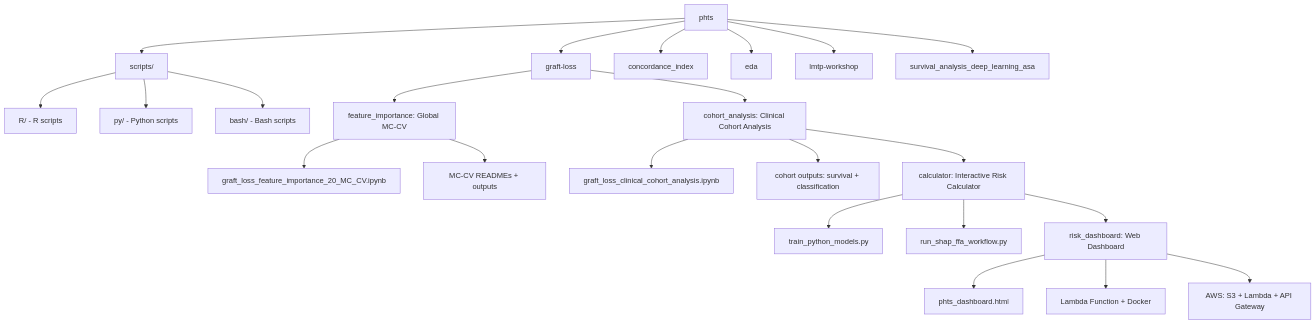
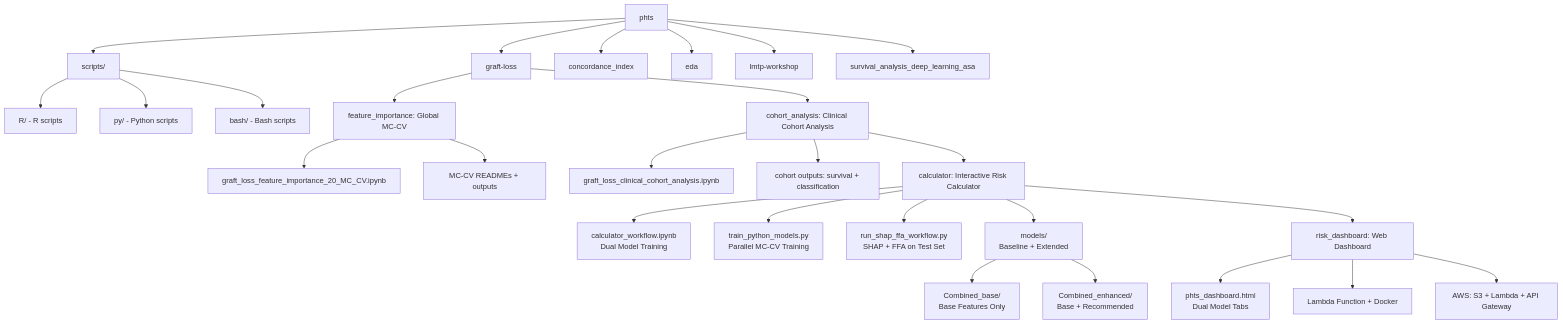
The first of 2 diagrams in README.md (Jerome3590/phts), drawn with Mermaid before and after one commit.

Commit message:
Update project structure mermaid chart with dual model architecture

````diff
--- a/README.md
+++ b/README.md
@@ -17,29 +17,33 @@
 ```mermaid
 graph TB
     ROOT[phts] --> SCRIPTS[scripts/]
     ROOT --> GL[graft-loss]
     ROOT --> CI[concordance_index]
     ROOT --> EDA[eda]
     ROOT --> LMTP[lmtp-workshop]
     ROOT --> DL[survival_analysis_deep_learning_asa]
 
     SCRIPTS --> SCRIPTS_R[R/ - R scripts]
     SCRIPTS --> SCRIPTS_PY[py/ - Python scripts]
     SCRIPTS --> SCRIPTS_BASH[bash/ - Bash scripts]
 
     GL --> GL_feat[feature_importance: Global MC-CV]
     GL_feat --> GL_nb[graft_loss_feature_importance_20_MC_CV.ipynb]
     GL_feat --> GL_docs[MC-CV READMEs + outputs]
 
     GL --> GL_cohort[cohort_analysis: Clinical Cohort Analysis]
     GL_cohort --> GL_cohort_nb[graft_loss_clinical_cohort_analysis.ipynb]
     GL_cohort --> GL_cohort_outputs[cohort outputs: survival + classification]
     
     GL_cohort --> GL_calc[calculator: Interactive Risk Calculator]
-    GL_calc --> GL_calc_train[train_python_models.py]
-    GL_calc --> GL_calc_shap[run_shap_ffa_workflow.py]
+    GL_calc --> GL_calc_workflow[calculator_workflow.ipynb<br/>Dual Model Training]
+    GL_calc --> GL_calc_train[train_python_models.py<br/>Parallel MC-CV Training]
+    GL_calc --> GL_calc_shap[run_shap_ffa_workflow.py<br/>SHAP + FFA on Test Set]
+    GL_calc --> GL_calc_models[models/<br/>Baseline + Extended]
+    GL_calc_models --> GL_calc_base[Combined_base/<br/>Base Features Only]
+    GL_calc_models --> GL_calc_enhanced[Combined_enhanced/<br/>Base + Recommended]
     GL_calc --> GL_calc_dash[risk_dashboard: Web Dashboard]
-    GL_calc_dash --> GL_calc_html[phts_dashboard.html]
+    GL_calc_dash --> GL_calc_html[phts_dashboard.html<br/>Dual Model Tabs]
     GL_calc_dash --> GL_calc_lambda[Lambda Function + Docker]
     GL_calc_dash --> GL_calc_deploy[AWS: S3 + Lambda + API Gateway]
 ```
````
